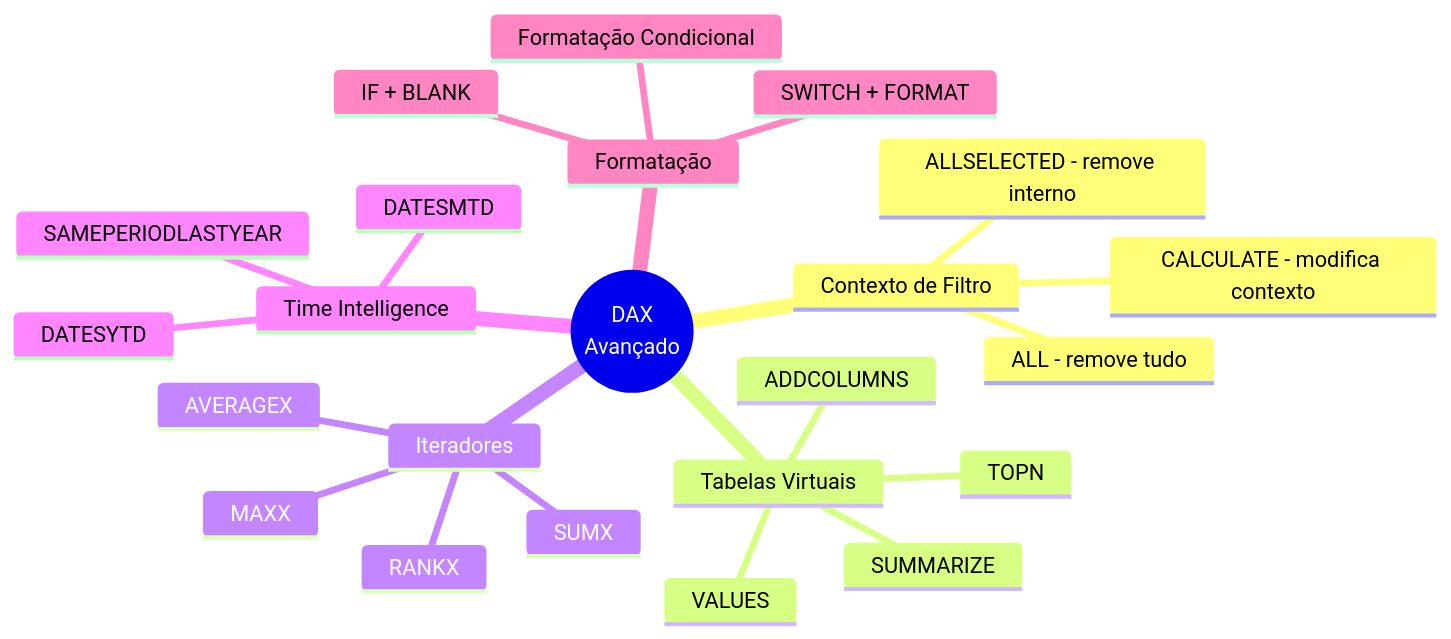
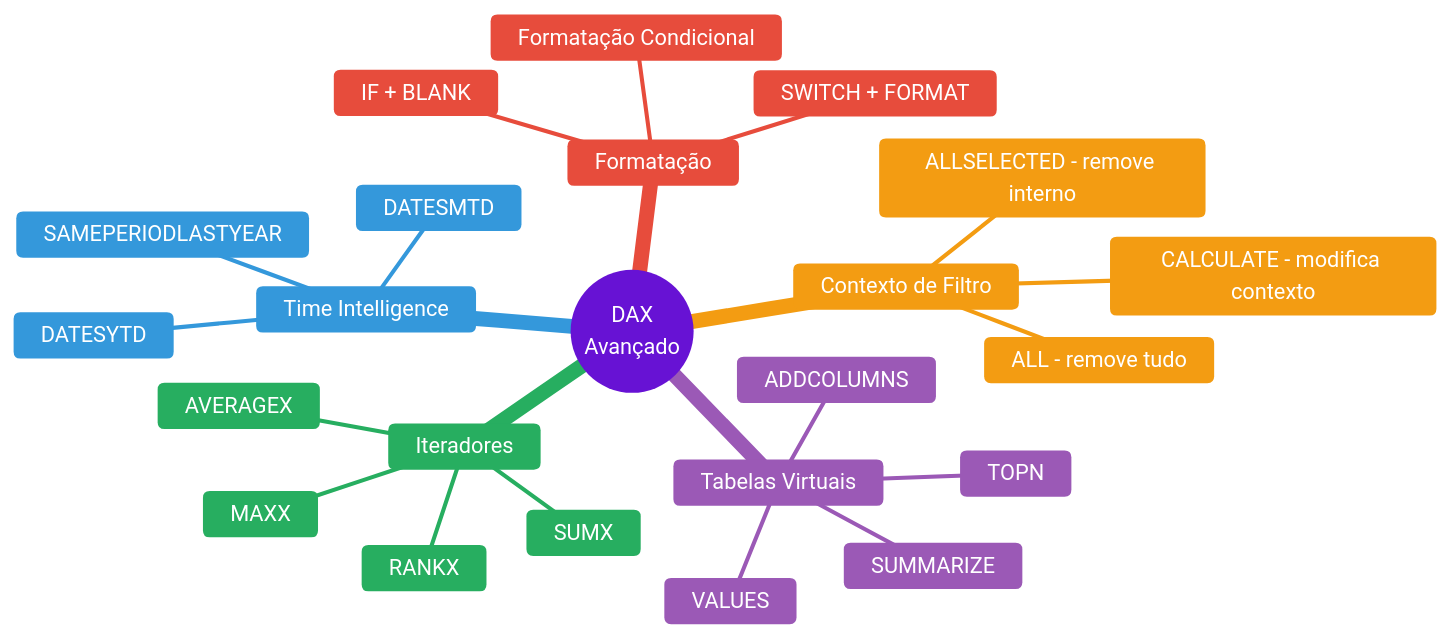
Diagram 12 of 12 in docs/analises.md (Igor-Scalzer010/Sales-Analytics), drawn with Mermaid before and after one commit. The commit also changed other lines of this file, not shown here.

Commit message:
Aprimorando a documentação do dashboard: ajustando formatação de gráficos, atualizando dados de KPIs e insights estratégicos.

````diff
--- a/docs/analises.md
+++ b/docs/analises.md
@@ -587,26 +476,27 @@
 ```mermaid
+%%{init: {"theme": "base", "themeVariables": {"primaryColor": "#ab73f3", "primaryTextColor": "#ffffff", "cScale0": "#8e44ad", "cScale1": "#f39c12", "cScale2": "#9b59b6", "cScale3": "#27ae60", "cScale4": "#3498db", "cScale5": "#e74c3c"}}}%%
 mindmap
-  root((DAX<br/>Avançado))
-    Contexto de Filtro
-      ALL - remove tudo
-      ALLSELECTED - remove interno
-      CALCULATE - modifica contexto
-    Tabelas Virtuais
-      ADDCOLUMNS
-      VALUES
-      TOPN
-      SUMMARIZE
-    Iteradores
-      SUMX
-      AVERAGEX
-      MAXX
-      RANKX
-    Time Intelligence
-      SAMEPERIODLASTYEAR
-      DATESYTD
-      DATESMTD
-    Formatação
-      SWITCH + FORMAT
-      IF + BLANK
-      Formatação Condicional
+    root((DAX<br/>Avançado))
+        Contexto de Filtro
+            ALL - remove tudo
+            ALLSELECTED - remove interno
+            CALCULATE - modifica contexto
+        Tabelas Virtuais
+            ADDCOLUMNS
+            VALUES
+            TOPN
+            SUMMARIZE
+        Iteradores
+            SUMX
+            AVERAGEX
+            MAXX
+            RANKX
+        Time Intelligence
+            SAMEPERIODLASTYEAR
+            DATESYTD
+            DATESMTD
+        Formatação
+            SWITCH + FORMAT
+            IF + BLANK
+            Formatação Condicional
 ```
````
